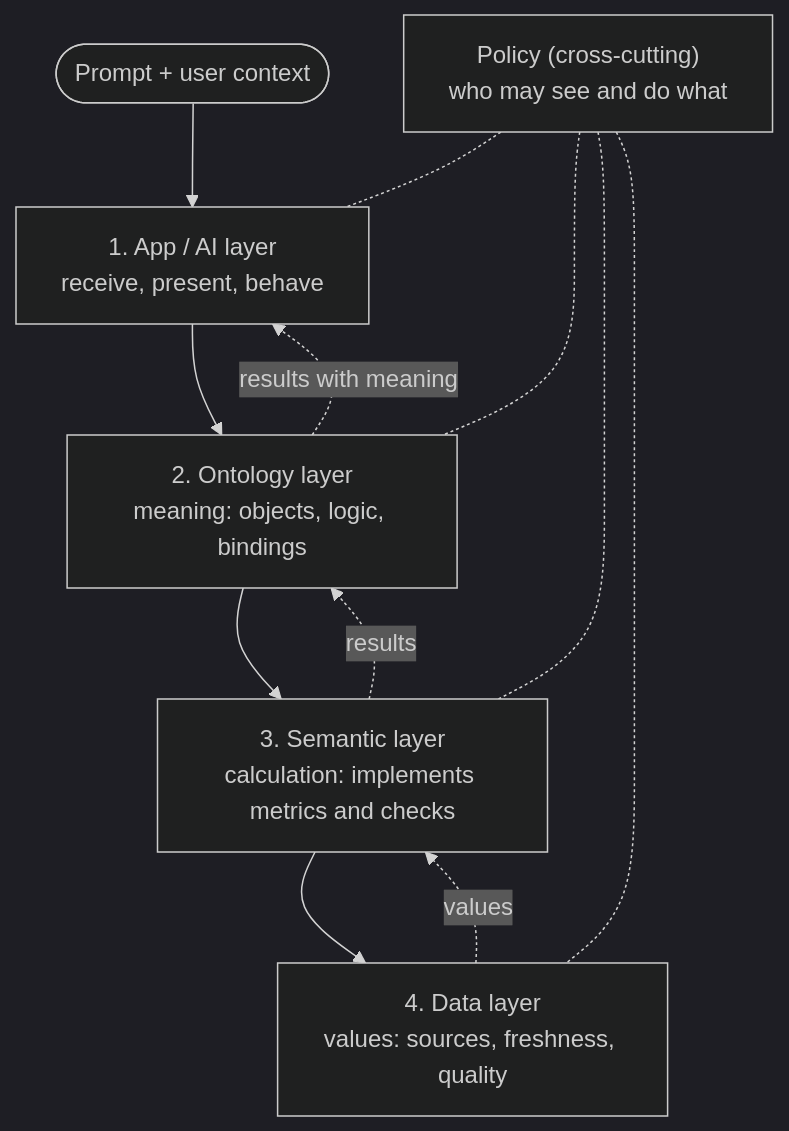
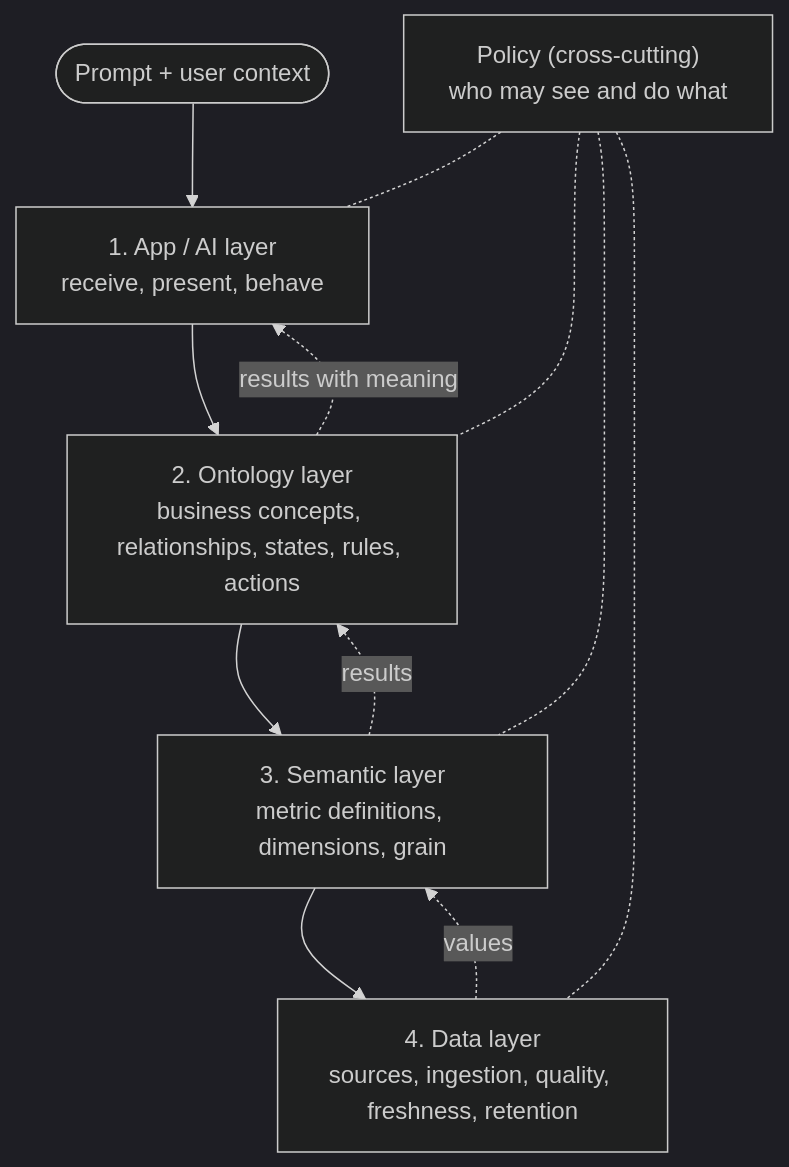
Before and after one commit to keito118/ai-ready-requirements: the diagram in framework/en/01_layers.md, drawn with Mermaid (dark theme). The commit also changed other lines of this file and 16 other files, not shown here.

First line of the commit message:
Keep the five-element ontology and apply the new layer order

````diff
--- a/framework/en/01_layers.md
+++ b/framework/en/01_layers.md
@@ -7,15 +7,15 @@
 ```mermaid
 flowchart TB
   U([Prompt + user context]) --> APP
   APP["1. App / AI layer<br/>receive, present, behave"]
-  ONT["2. Ontology layer<br/>meaning: objects, logic, bindings"]
-  SEM["3. Semantic layer<br/>calculation: implements metrics and checks"]
-  DAT["4. Data layer<br/>values: sources, freshness, quality"]
+  ONT["2. Ontology layer<br/>business concepts, relationships, states, rules, actions"]
+  SEM["3. Semantic layer<br/>metric definitions, dimensions, grain"]
+  DAT["4. Data layer<br/>sources, ingestion, quality, freshness, retention"]
   APP --> ONT --> SEM --> DAT
   DAT -. values .-> SEM -. results .-> ONT -. results with meaning .-> APP
   POL["Policy (cross-cutting)<br/>who may see and do what"]
   POL -.- APP
   POL -.- ONT
   POL -.- SEM
   POL -.- DAT
 ```
````
